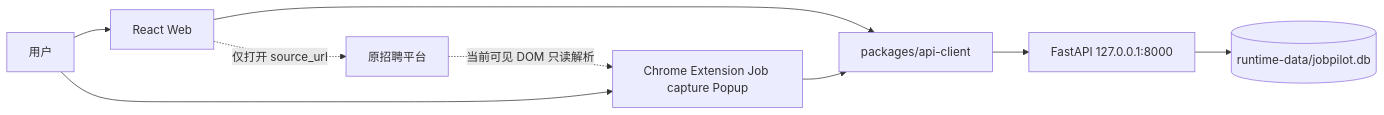
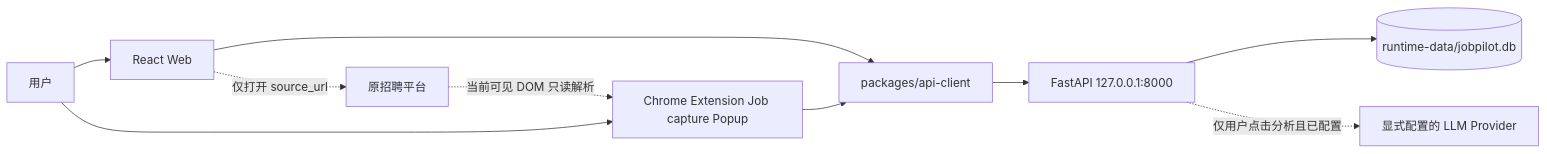
Before and after one commit to xiaoxin12138888-svg/JobPilot: the diagram in docs/ARCHITECTURE.md, drawn with Mermaid. The commit also changed other lines of this file and 6 other files, not shown here.

````diff
--- a/docs/ARCHITECTURE.md
+++ b/docs/ARCHITECTURE.md
@@ -8,19 +8,21 @@
 ```mermaid
 flowchart LR
     U[用户]
     W[React Web]
     E[Chrome Extension Job capture Popup]
     C[packages/api-client]
     A[FastAPI 127.0.0.1:8000]
     S[(runtime-data/jobpilot.db)]
     R[原招聘平台]
+    P[显式配置的 LLM Provider]
 
     U --> W
     U --> E
     W --> C
     E --> C
     C --> A
     A --> S
+    A -. 仅用户点击分析且已配置 .-> P
     R -. 当前可见 DOM 只读解析 .-> E
     W -. 仅打开 source_url .-> R
 ```
````
